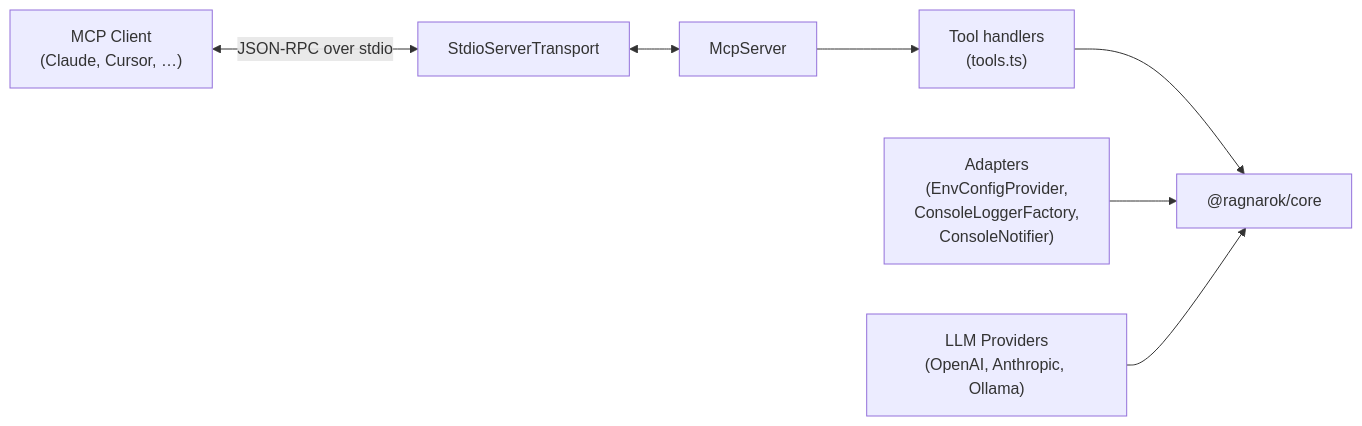
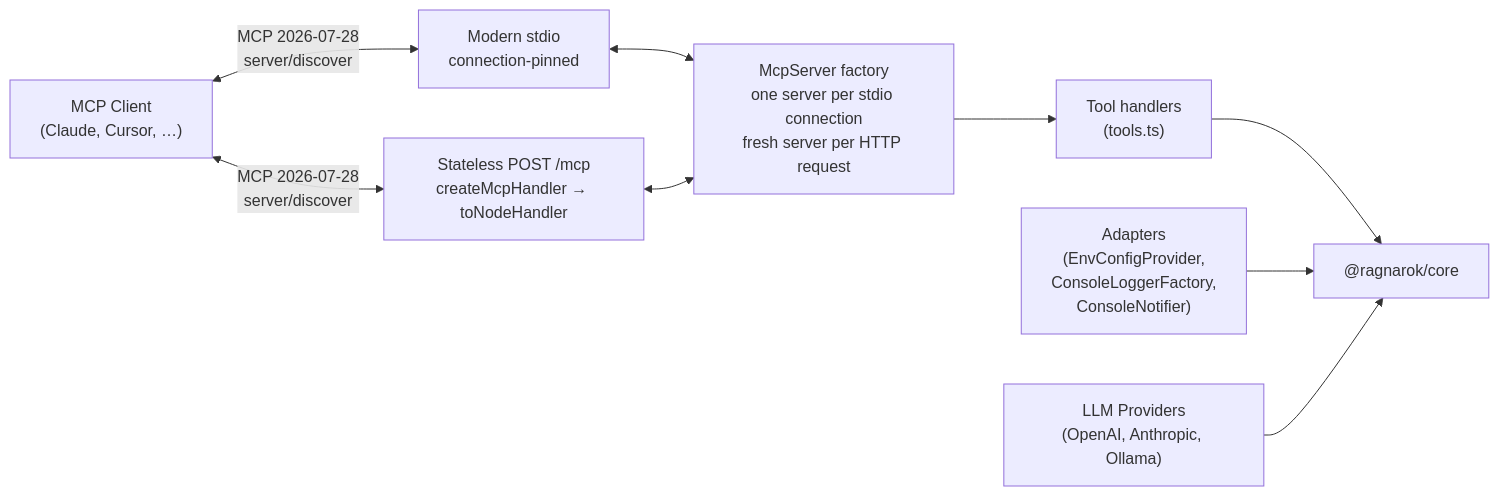
One commit to hyorman/RAGnarok changed the diagram in packages/mcp-server/README.md. Above: the diagram before and after it, drawn with Mermaid. The commit also changed other lines of this file and 212 other files, not shown here.

First line of the commit message:
feat: 0.5.0 — release hardening across core, MCP server, and extension

````diff
--- a/packages/mcp-server/README.md
+++ b/packages/mcp-server/README.md
@@ -10,17 +14,20 @@
 ```mermaid
 flowchart LR
   client["MCP Client</br>(Claude, Cursor, …)"]
-  transport["StdioServerTransport"]
-  server["McpServer"]
+  stdio["Modern stdio</br>connection-pinned"]
+  http["Stateless POST /mcp</br>createMcpHandler → toNodeHandler"]
+  server["McpServer factory</br>one server per stdio connection</br>fresh server per HTTP request"]
   tools["Tool handlers\n(tools.ts)"]
   adapters["Adapters\n(EnvConfigProvider,\nConsoleLoggerFactory,\nConsoleNotifier)"]
   llm["LLM Providers\n(OpenAI, Anthropic, Ollama)"]
   core["@ragnarok/core"]
 
-  client <-->|"JSON-RPC over stdio"| transport
-  transport <--> server
+  client <-->|"MCP 2026-07-28</br>server/discover"| stdio
+  client <-->|"MCP 2026-07-28</br>server/discover"| http
+  stdio <--> server
+  http <--> server
   server --> tools
   tools --> core
   adapters --> core
   llm --> core
 ```
````
